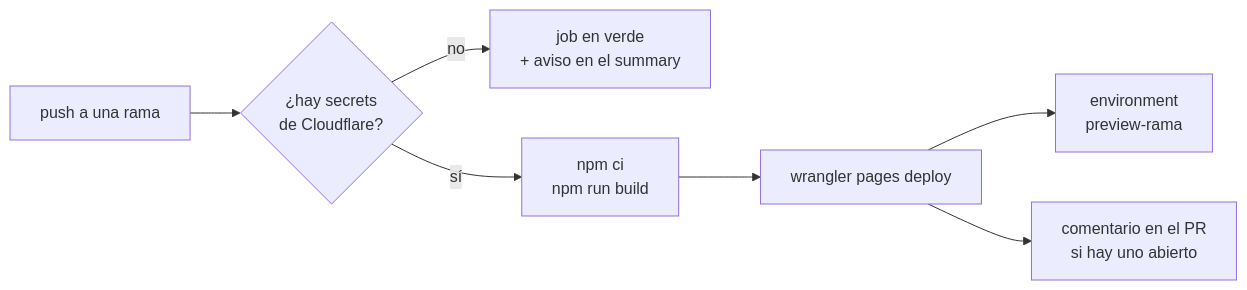
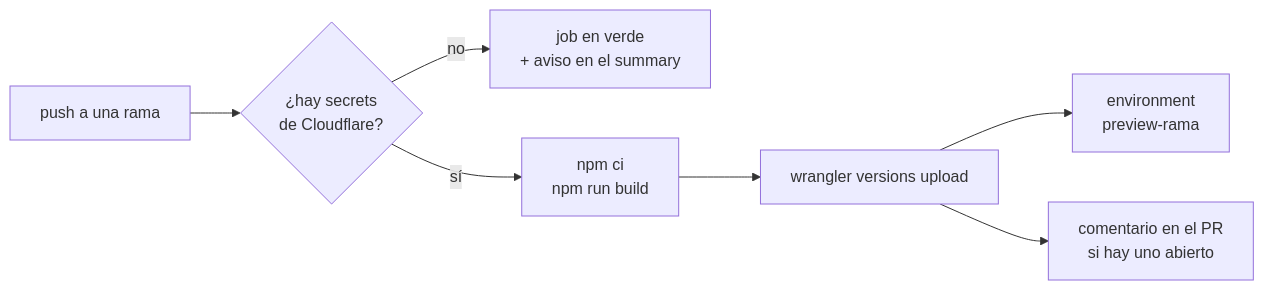
The second of 2 diagrams in docs/previews.md (gomezhyuuga/food-track), drawn with Mermaid before and after one commit. The commit also changed other lines of this file and 50 other files, not shown here.

````diff
--- a/docs/previews.md
+++ b/docs/previews.md
@@ -40,9 +42,9 @@
 ```mermaid
 flowchart LR
     A["push a una rama"] --> B{"¿hay secrets<br/>de Cloudflare?"}
     B -->|no| C["job en verde<br/>+ aviso en el summary"]
     B -->|sí| D["npm ci<br/>npm run build"]
-    D --> E["wrangler pages deploy"]
+    D --> E["wrangler versions upload"]
     E --> F["environment<br/>preview-rama"]
     E --> G["comentario en el PR<br/>si hay uno abierto"]
 ```
````
